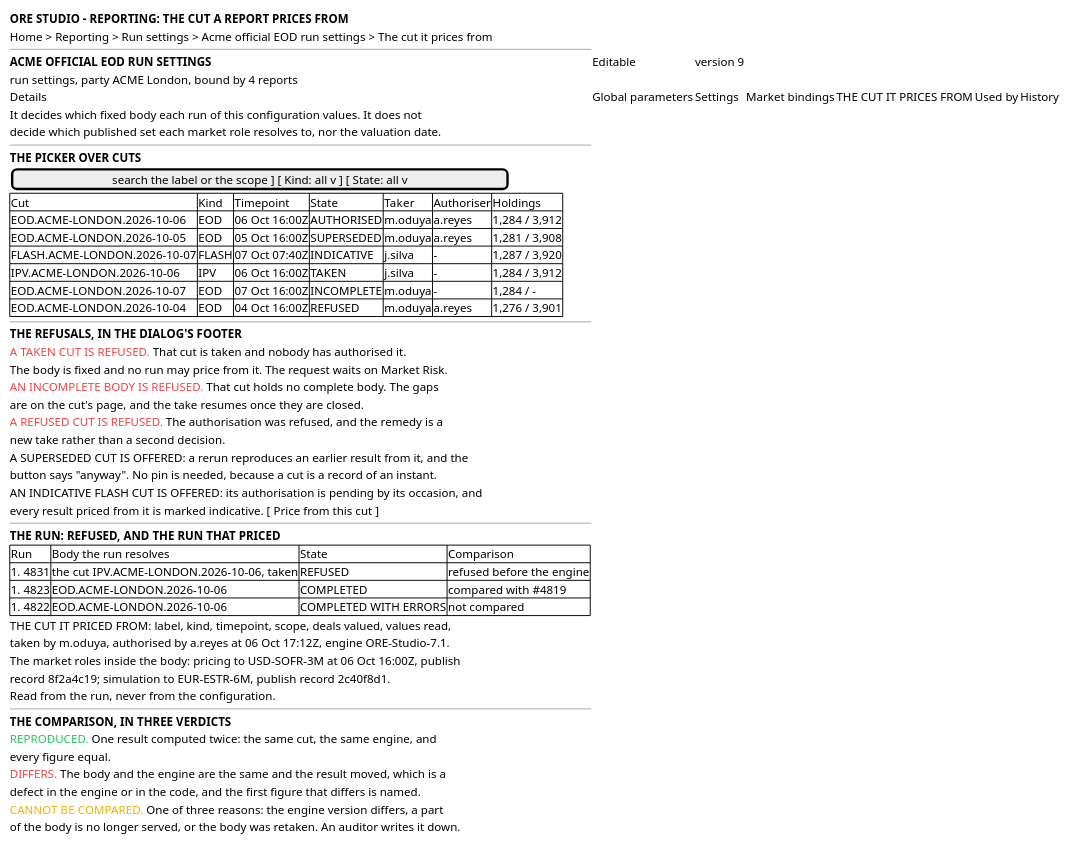
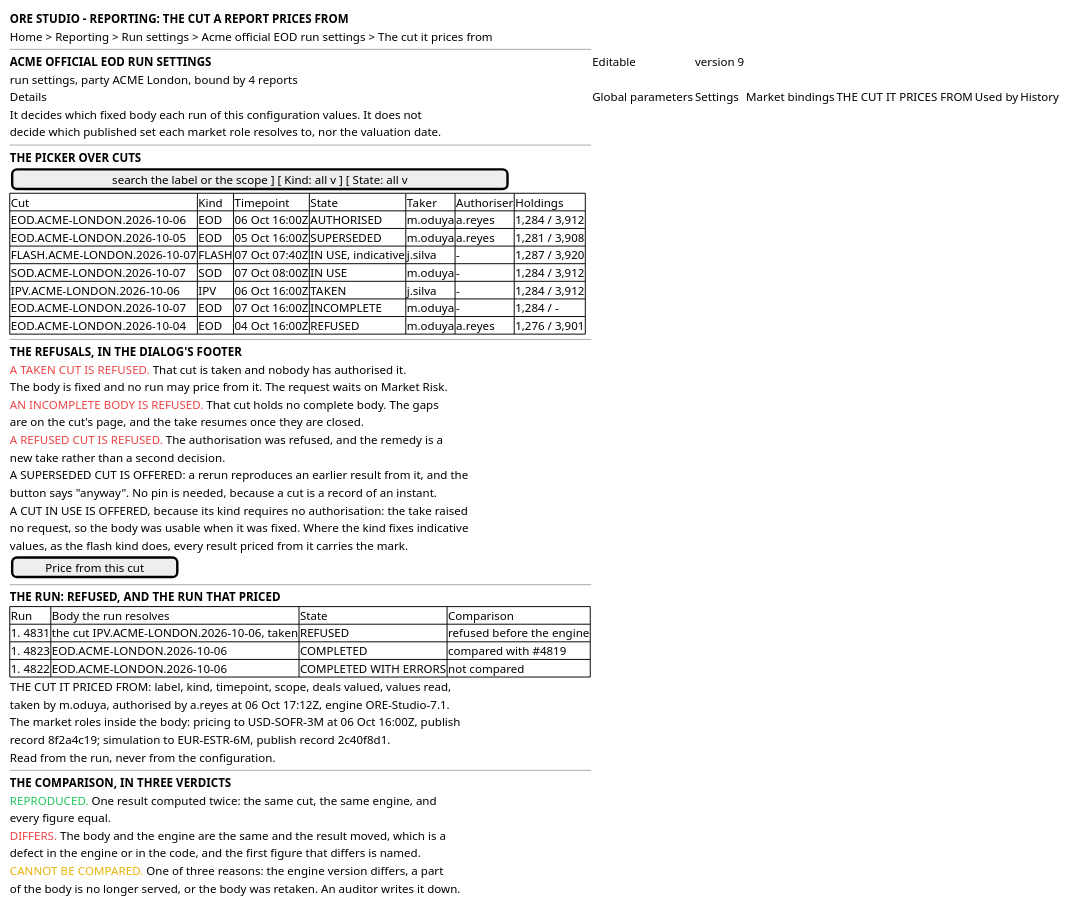
The diagram in doc/knowledge/journeys/cuts/wireframe_price_a_report_from_a_cut.puml (OreStudio/OreStudio), drawn with PlantUML before and after one commit. The commit also changed 15 other files, not shown here.

```diff
--- a/doc/knowledge/journeys/cuts/wireframe_price_a_report_from_a_cut.puml
+++ b/doc/knowledge/journeys/cuts/wireframe_price_a_report_from_a_cut.puml
@@ -18,60 +18,63 @@
 @startuml
 
 salt
 {
   <b>ORE STUDIO - REPORTING: THE CUT A REPORT PRICES FROM</b>
   Home > Reporting > Run settings > Acme official EOD run settings > The cut it prices from
   --
   <b>ACME OFFICIAL EOD RUN SETTINGS</b> | Editable | version 9
   run settings, party ACME London, bound by 4 reports
   Details | Global parameters | Settings | Market bindings | THE CUT IT PRICES FROM | Used by | History
   It decides which fixed body each run of this configuration values. It does not
   decide which published set each market role resolves to, nor the valuation date.
   --
   <b>THE PICKER OVER CUTS</b>
   [ search the label or the scope ] [ Kind: all v ] [ State: all v ]
   {#
     Cut | Kind | Timepoint | State | Taker | Authoriser | Holdings
     EOD.ACME-LONDON.2026-10-06 | EOD | 06 Oct 16:00Z | AUTHORISED | m.oduya | a.reyes | 1,284 / 3,912
     EOD.ACME-LONDON.2026-10-05 | EOD | 05 Oct 16:00Z | SUPERSEDED | m.oduya | a.reyes | 1,281 / 3,908
-    FLASH.ACME-LONDON.2026-10-07 | FLASH | 07 Oct 07:40Z | INDICATIVE | j.silva | - | 1,287 / 3,920
+    FLASH.ACME-LONDON.2026-10-07 | FLASH | 07 Oct 07:40Z | IN USE, indicative | j.silva | - | 1,287 / 3,920
+    SOD.ACME-LONDON.2026-10-07 | SOD | 07 Oct 08:00Z | IN USE | m.oduya | - | 1,284 / 3,912
     IPV.ACME-LONDON.2026-10-06 | IPV | 06 Oct 16:00Z | TAKEN | j.silva | - | 1,284 / 3,912
     EOD.ACME-LONDON.2026-10-07 | EOD | 07 Oct 16:00Z | INCOMPLETE | m.oduya | - | 1,284 / -
     EOD.ACME-LONDON.2026-10-04 | EOD | 04 Oct 16:00Z | REFUSED | m.oduya | a.reyes | 1,276 / 3,901
   }
   --
   <b>THE REFUSALS, IN THE DIALOG'S FOOTER</b>
   <color:#ef4444>A TAKEN CUT IS REFUSED.</color> That cut is taken and nobody has authorised it.
   The body is fixed and no run may price from it. The request waits on Market Risk.
   <color:#ef4444>AN INCOMPLETE BODY IS REFUSED.</color> That cut holds no complete body. The gaps
   are on the cut's page, and the take resumes once they are closed.
   <color:#ef4444>A REFUSED CUT IS REFUSED.</color> The authorisation was refused, and the remedy is a
   new take rather than a second decision.
   A SUPERSEDED CUT IS OFFERED: a rerun reproduces an earlier result from it, and the
   button says "anyway". No pin is needed, because a cut is a record of an instant.
-  AN INDICATIVE FLASH CUT IS OFFERED: its authorisation is pending by its occasion, and
-  every result priced from it is marked indicative. [ Price from this cut ]
+  A CUT IN USE IS OFFERED, because its kind requires no authorisation: the take raised
+  no request, so the body was usable when it was fixed. Where the kind fixes indicative
+  values, as the flash kind does, every result priced from it carries the mark.
+  [ Price from this cut ]
   --
   <b>THE RUN: REFUSED, AND THE RUN THAT PRICED</b>
   {#
     Run | Body the run resolves | State | Comparison
     #4831 | the cut IPV.ACME-LONDON.2026-10-06, taken | REFUSED | refused before the engine
     #4823 | EOD.ACME-LONDON.2026-10-06 | COMPLETED | compared with #4819
     #4822 | EOD.ACME-LONDON.2026-10-06 | COMPLETED WITH ERRORS | not compared
   }
   THE CUT IT PRICED FROM: label, kind, timepoint, scope, deals valued, values read,
   taken by m.oduya, authorised by a.reyes at 06 Oct 17:12Z, engine ORE-Studio-7.1.
   The market roles inside the body: pricing to USD-SOFR-3M at 06 Oct 16:00Z, publish
   record 8f2a4c19; simulation to EUR-ESTR-6M, publish record 2c40f8d1.
   Read from the run, never from the configuration.
   --
   <b>THE COMPARISON, IN THREE VERDICTS</b>
   <color:#22c55e>REPRODUCED.</color> One result computed twice: the same cut, the same engine, and
   every figure equal.
   <color:#ef4444>DIFFERS.</color> The body and the engine are the same and the result moved, which is a
   defect in the engine or in the code, and the first figure that differs is named.
   <color:#eab308>CANNOT BE COMPARED.</color> One of three reasons: the engine version differs, a part
   of the body is no longer served, or the body was retaken. An auditor writes it down.
 }
 
 @enduml
```
